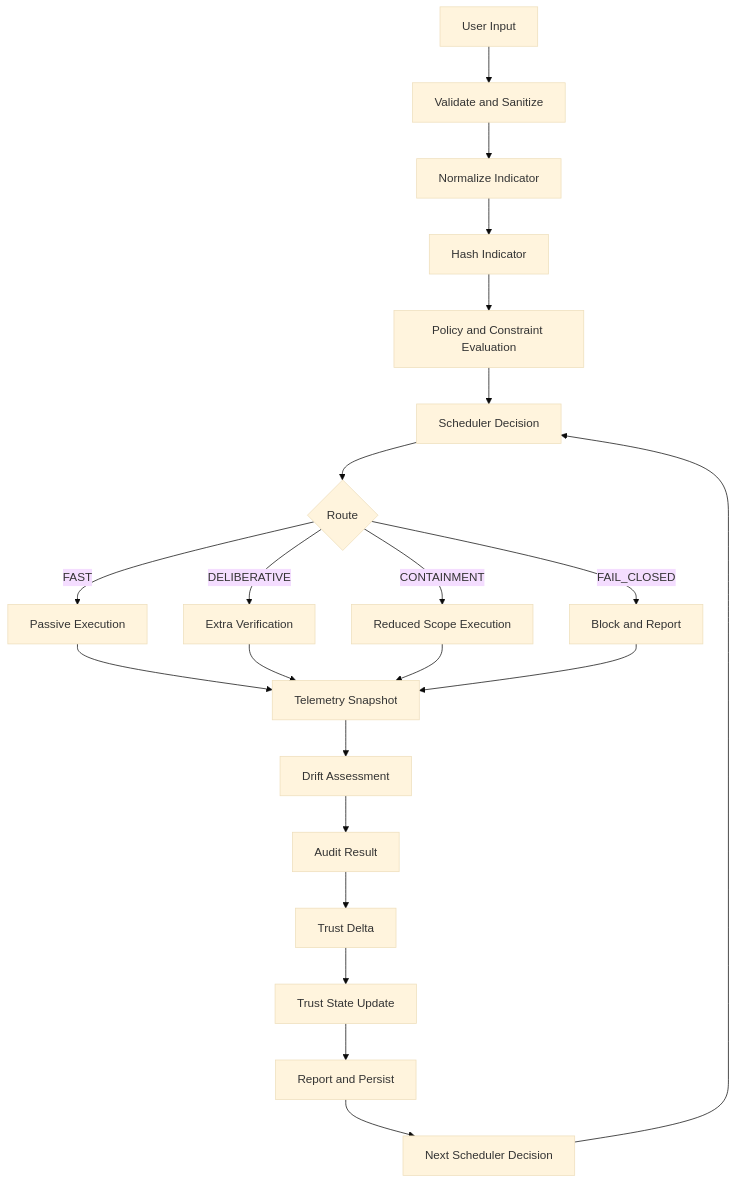
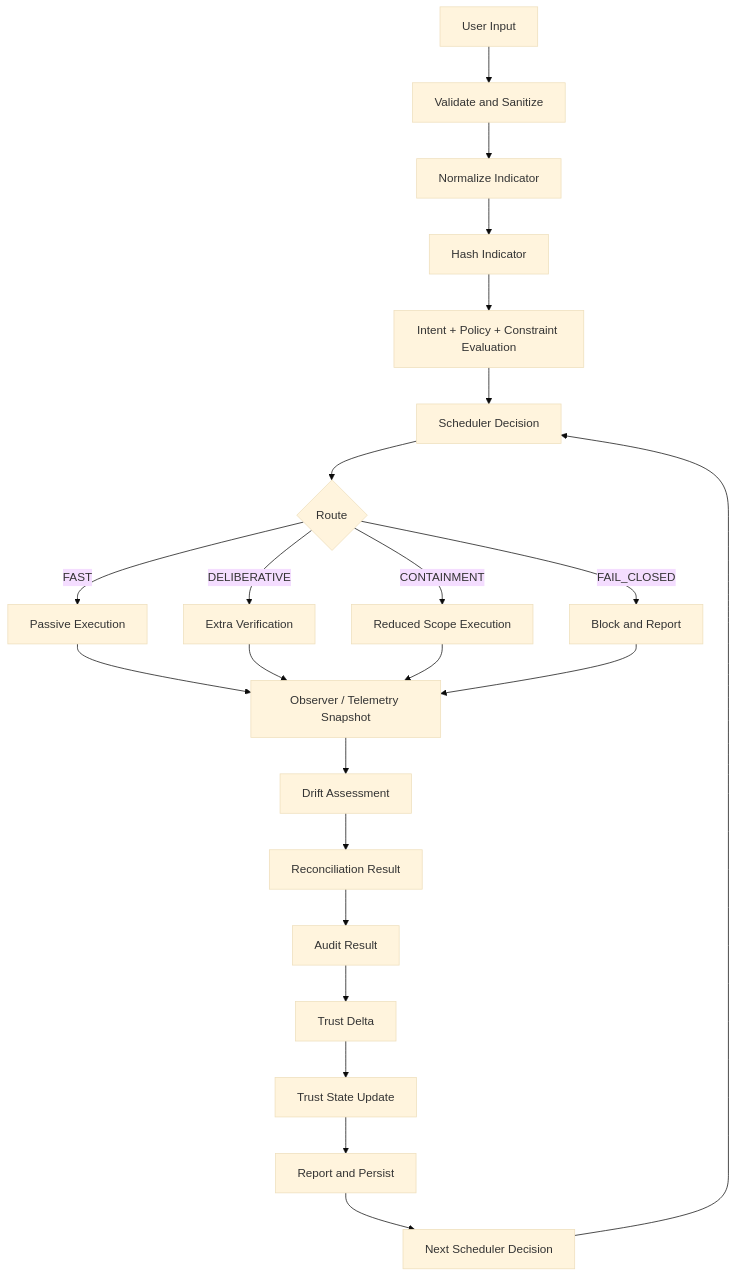
Before and after one commit to canstralian/PassiveOSINTControlPanel: the first of 6 diagrams in docs/runtime-process-map.md, drawn with Mermaid (base theme). The commit also changed other lines of this file, not shown here.

````diff
--- a/docs/runtime-process-map.md
+++ b/docs/runtime-process-map.md
@@ -22,27 +22,28 @@
 ```mermaid
 flowchart TD
     A[User Input] --> B[Validate and Sanitize]
     B --> C[Normalize Indicator]
     C --> D[Hash Indicator]
-    D --> E[Policy and Constraint Evaluation]
+    D --> E[Intent + Policy + Constraint Evaluation]
     E --> F[Scheduler Decision]
     F --> G{Route}
 
     G -->|FAST| H[Passive Execution]
     G -->|DELIBERATIVE| I[Extra Verification]
     G -->|CONTAINMENT| J[Reduced Scope Execution]
     G -->|FAIL_CLOSED| K[Block and Report]
 
-    H --> L[Telemetry Snapshot]
+    H --> L[Observer / Telemetry Snapshot]
     I --> L
     J --> L
     K --> L
 
     L --> M[Drift Assessment]
-    M --> N[Audit Result]
-    N --> O[Trust Delta]
-    O --> P[Trust State Update]
-    P --> Q[Report and Persist]
-    Q --> R[Next Scheduler Decision]
-    R --> F
+    M --> N[Reconciliation Result]
+    N --> O[Audit Result]
+    O --> P[Trust Delta]
+    P --> Q[Trust State Update]
+    Q --> R[Report and Persist]
+    R --> S[Next Scheduler Decision]
+    S --> F
 ```
````
